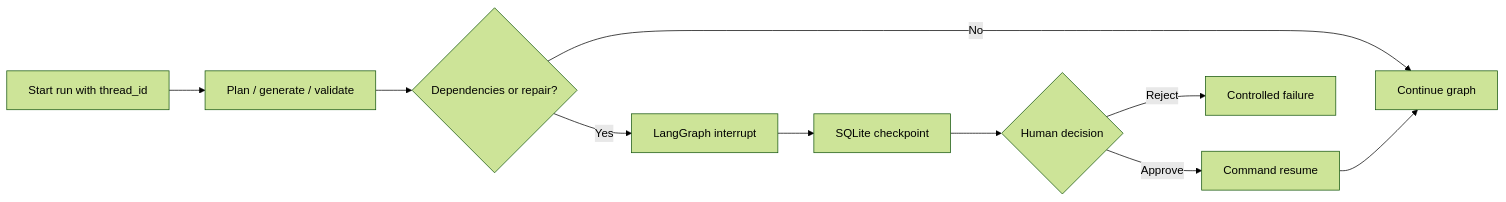
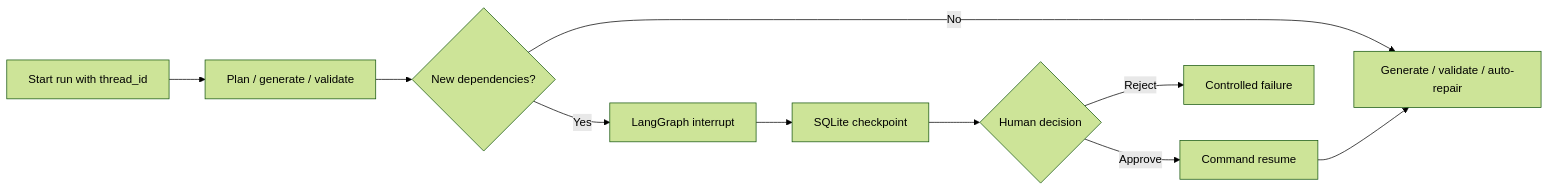
One commit to peter890176/website-builder-agent changed the fifth of 5 diagrams in docs/architecture.md. Above: the diagram before and after it, drawn with Mermaid (forest theme). The commit also changed other lines of this file and 11 other files, not shown here.

````diff
--- a/docs/architecture.md
+++ b/docs/architecture.md
@@ -172,12 +172,12 @@
 ```mermaid
 flowchart LR
     Start["Start run with thread_id"] --> Work["Plan / generate / validate"]
-    Work --> Decision{"Dependencies or repair?"}
-    Decision -- "No" --> Continue["Continue graph"]
+    Work --> Decision{"New dependencies?"}
+    Decision -- "No" --> Continue["Generate / validate / auto-repair"]
     Decision -- "Yes" --> Interrupt["LangGraph interrupt"]
     Interrupt --> Persist["SQLite checkpoint"]
     Persist --> Review{"Human decision"}
     Review -- "Approve" --> Resume["Command resume"]
     Resume --> Continue
     Review -- "Reject" --> Failure["Controlled failure"]
 ```
````
